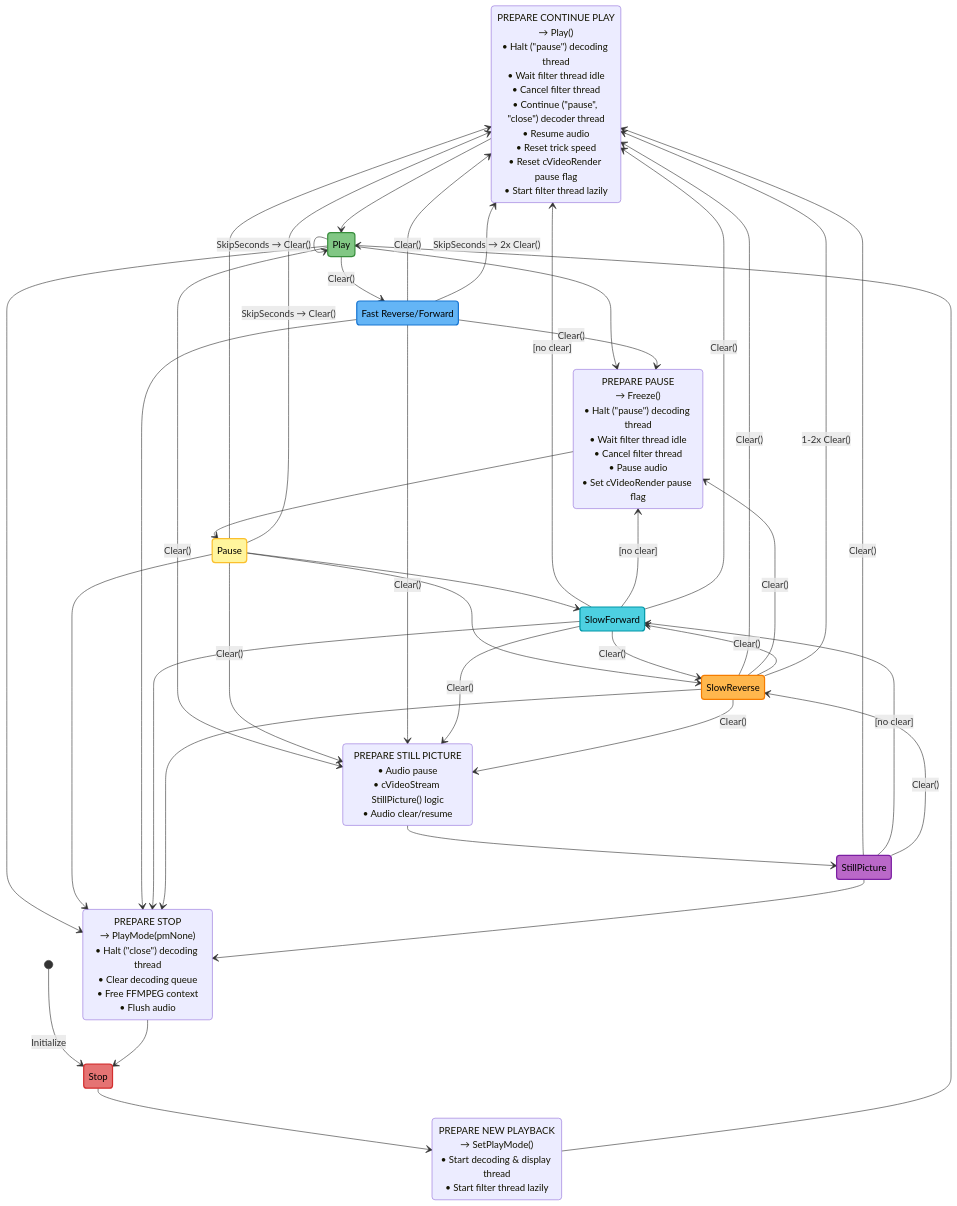
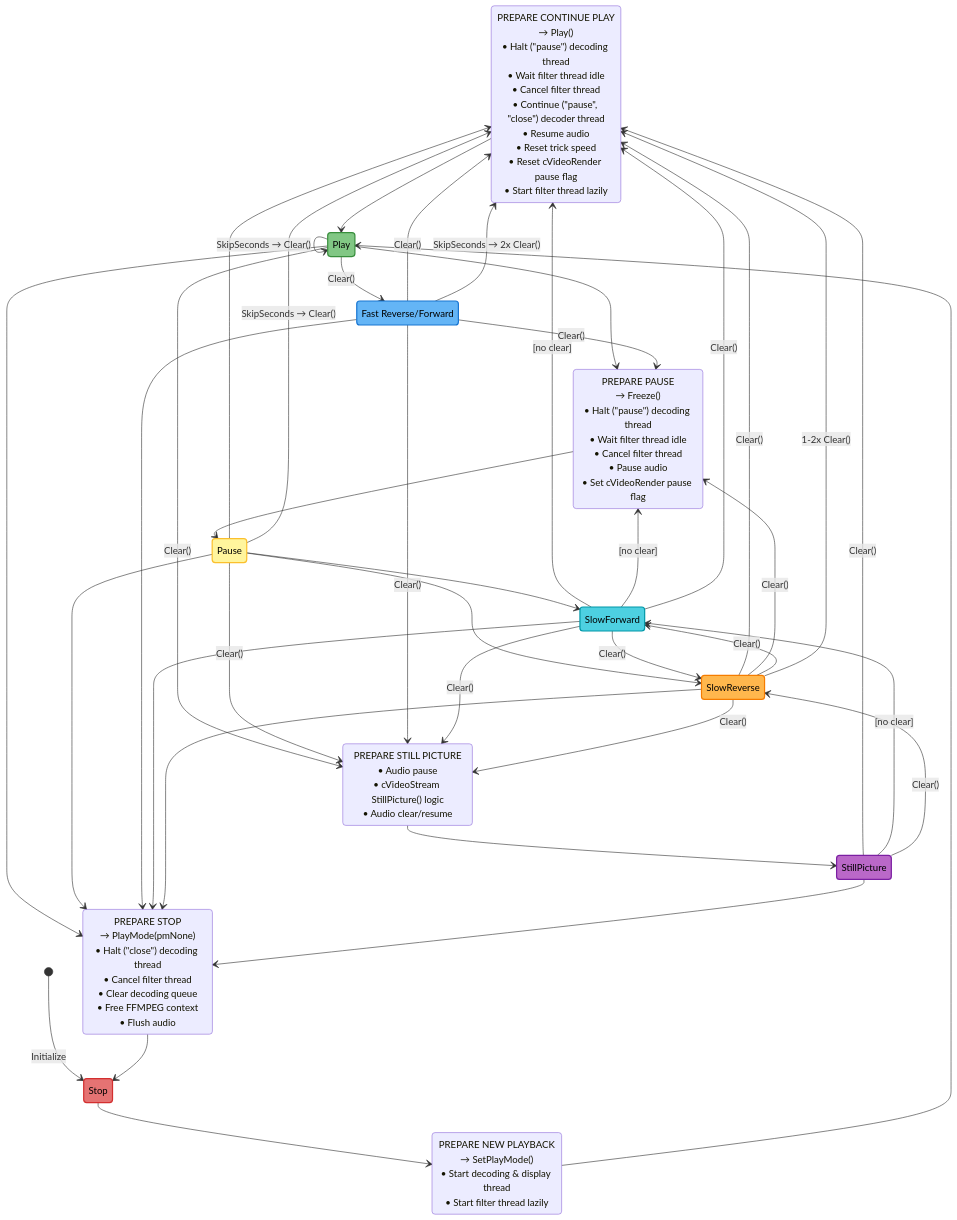
Before and after one commit to rellla/vdr-plugin-softhddevice-drm-gles: the second of 3 diagrams in DEVELOPER.md, drawn with Mermaid. The commit also changed other lines of this file, not shown here.

Commit message:
Add missing cancel filter thread in PrepareStop

````diff
--- a/DEVELOPER.md
+++ b/DEVELOPER.md
@@ -64,77 +64,77 @@
 ```mermaid
 stateDiagram-v2
     PrepareContinuePlay: PREPARE CONTINUE PLAY<br/>→ Play()<br/>• Halt ("pause") decoding thread<br/>• Wait filter thread idle<br/>• Cancel filter thread<br />• Continue ("pause", "close") decoder thread<br/>• Resume audio<br/>• Reset trick speed<br/>• Reset cVideoRender pause flag<br/>• Start filter thread lazily
 
     PrepareNewPlay: PREPARE NEW PLAYBACK<br/>→ SetPlayMode()<br/>• Start decoding & display thread<br/>• Start filter thread lazily
 
-    PrepareStop: PREPARE STOP<br/>→ PlayMode(pmNone)<br/>• Halt ("close") decoding thread<br/>• Clear decoding queue<br/>• Free FFMPEG context<br/>• Flush audio
+    PrepareStop: PREPARE STOP<br/>→ PlayMode(pmNone)<br/>• Halt ("close") decoding thread<br/>• Cancel filter thread<br/>• Clear decoding queue<br/>• Free FFMPEG context<br/>• Flush audio
 
     PreparePause: PREPARE PAUSE<br/>→ Freeze()<br/>• Halt ("pause") decoding thread<br/>• Wait filter thread idle<br/>• Cancel filter thread<br />• Pause audio<br/>• Set cVideoRender pause flag
 
     PrepareStillPicture: PREPARE STILL PICTURE<br/>• Audio pause<br/>• cVideoStream StillPicture() logic<br/>• Audio clear/resume
 
     FastTrickSpeed: Fast Reverse/Forward
 
     [*] --> Stop: Initialize
 
     PrepareStop --> Stop
     Stop --> PrepareNewPlay
 
     PrepareNewPlay --> Play
     PrepareContinuePlay --> Play
     Play --> PreparePause
     Play --> FastTrickSpeed: Clear()
     Play --> PrepareStop
     Play --> Play: SkipSeconds → Clear()
     Play --> PrepareStillPicture: Clear()
 
     PreparePause --> Pause
     Pause --> PrepareContinuePlay
     Pause --> PrepareStop
     Pause --> SlowForward
     Pause --> SlowReverse
     Pause --> PrepareContinuePlay: SkipSeconds → Clear()
     Pause --> PrepareStillPicture: Clear()
 
     FastTrickSpeed --> PrepareContinuePlay: Clear()
     FastTrickSpeed --> PreparePause: Clear()
     FastTrickSpeed --> PrepareStop
     FastTrickSpeed --> PrepareContinuePlay: SkipSeconds → 2x Clear()
     FastTrickSpeed --> PrepareStillPicture: Clear()
 
     SlowForward --> PrepareContinuePlay: [no clear]
     SlowForward --> PreparePause: [no clear]
     SlowForward --> PrepareStop
     SlowForward --> SlowReverse: Clear()
     SlowForward --> PrepareContinuePlay: Clear()
     SlowForward --> PrepareStillPicture: Clear()
 
     SlowReverse --> PrepareContinuePlay: Clear()
     SlowReverse --> PreparePause: Clear()
     SlowReverse --> PrepareStop
     SlowReverse --> SlowForward: Clear()
     SlowReverse --> PrepareContinuePlay: 1-2x Clear()
     SlowReverse --> PrepareStillPicture: Clear()
 
     PrepareStillPicture --> StillPicture
     StillPicture --> PrepareContinuePlay: Clear()
     StillPicture --> PrepareStop
     StillPicture --> SlowForward: [no clear]
     StillPicture --> SlowReverse: Clear()
 
     classDef stopState fill:#e57373,stroke:#d32f2f,stroke-width:2px,color:#000
     classDef playState fill:#81c784,stroke:#388e3c,stroke-width:2px,color:#000
     classDef pauseState fill:#fff59d,stroke:#fbc02d,stroke-width:2px,color:#000
     classDef fastTrickspeedState fill:#64b5f6,stroke:#1976d2,stroke-width:2px,color:#000
         classDef slowForwardState fill:#4dd0e1,stroke:#0097a7,stroke-width:2px,color:#000
     classDef slowReverseState fill:#ffb74d,stroke:#f57c00,stroke-width:2px,color:#000
     classDef stillpictureState fill:#ba68c8,stroke:#7b1fa2,stroke-width:2px,color:#000
 
     class Stop stopState
     class Play playState
     class Pause pauseState
     class FastTrickSpeed fastTrickspeedState
     class SlowForward slowForwardState
     class SlowReverse slowReverseState
     class StillPicture stillpictureState
 ```
````
